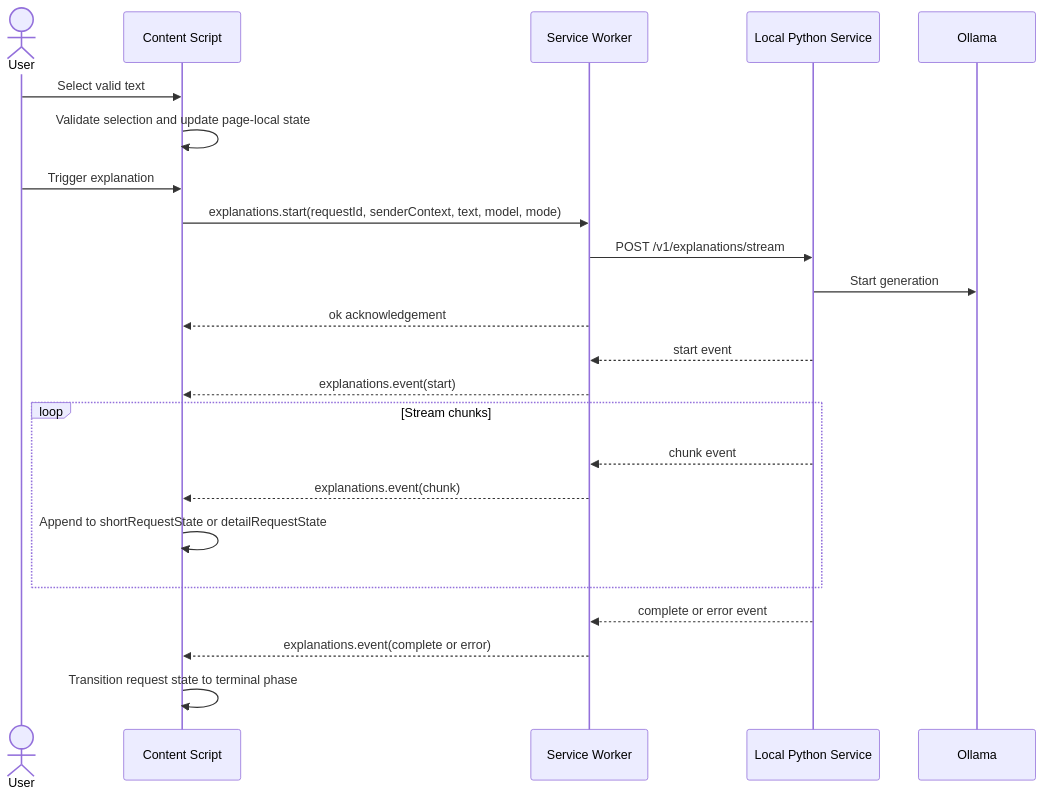
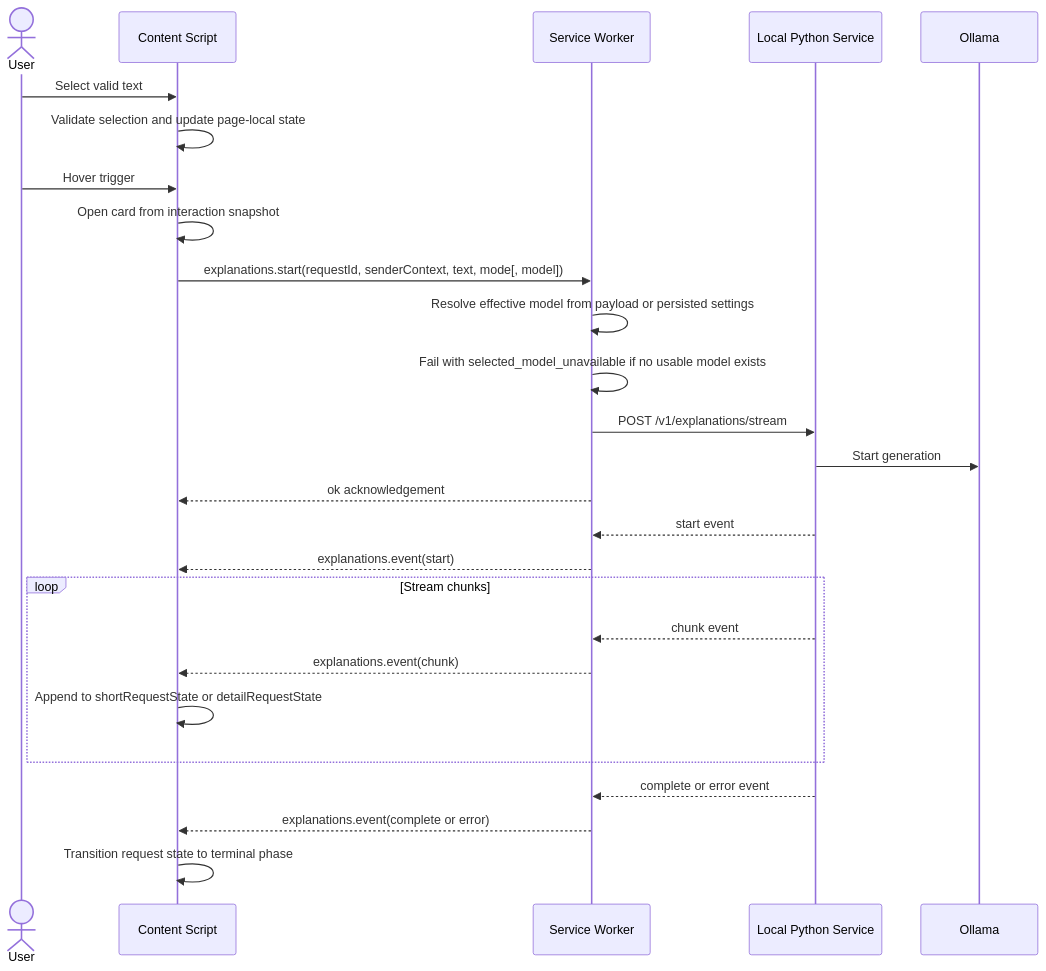
One commit to cogito0823/SnapInsight changed the second of 3 diagrams in docs/design/extension-and-local-service-design.md. Above: the diagram before and after it, drawn with Mermaid. The commit also changed other lines of this file and 9 other files, not shown here.

````diff
--- a/docs/design/extension-and-local-service-design.md
+++ b/docs/design/extension-and-local-service-design.md
@@ -53,26 +56,29 @@
 ```mermaid
 sequenceDiagram
     actor User
     participant CS as Content Script
     participant SW as Service Worker
     participant API as Local Python Service
     participant Ollama
 
     User->>CS: Select valid text
     CS->>CS: Validate selection and update page-local state
-    User->>CS: Trigger explanation
-    CS->>SW: explanations.start(requestId, senderContext, text, model, mode)
+    User->>CS: Hover trigger
+    CS->>CS: Open card from interaction snapshot
+    CS->>SW: explanations.start(requestId, senderContext, text, mode[, model])
+    SW->>SW: Resolve effective model from payload or persisted settings
+    SW->>SW: Fail with selected_model_unavailable if no usable model exists
     SW->>API: POST /v1/explanations/stream
     API->>Ollama: Start generation
     SW-->>CS: ok acknowledgement
     API-->>SW: start event
     SW-->>CS: explanations.event(start)
     loop Stream chunks
         API-->>SW: chunk event
         SW-->>CS: explanations.event(chunk)
         CS->>CS: Append to shortRequestState or detailRequestState
     end
     API-->>SW: complete or error event
     SW-->>CS: explanations.event(complete or error)
     CS->>CS: Transition request state to terminal phase
 ```
````
